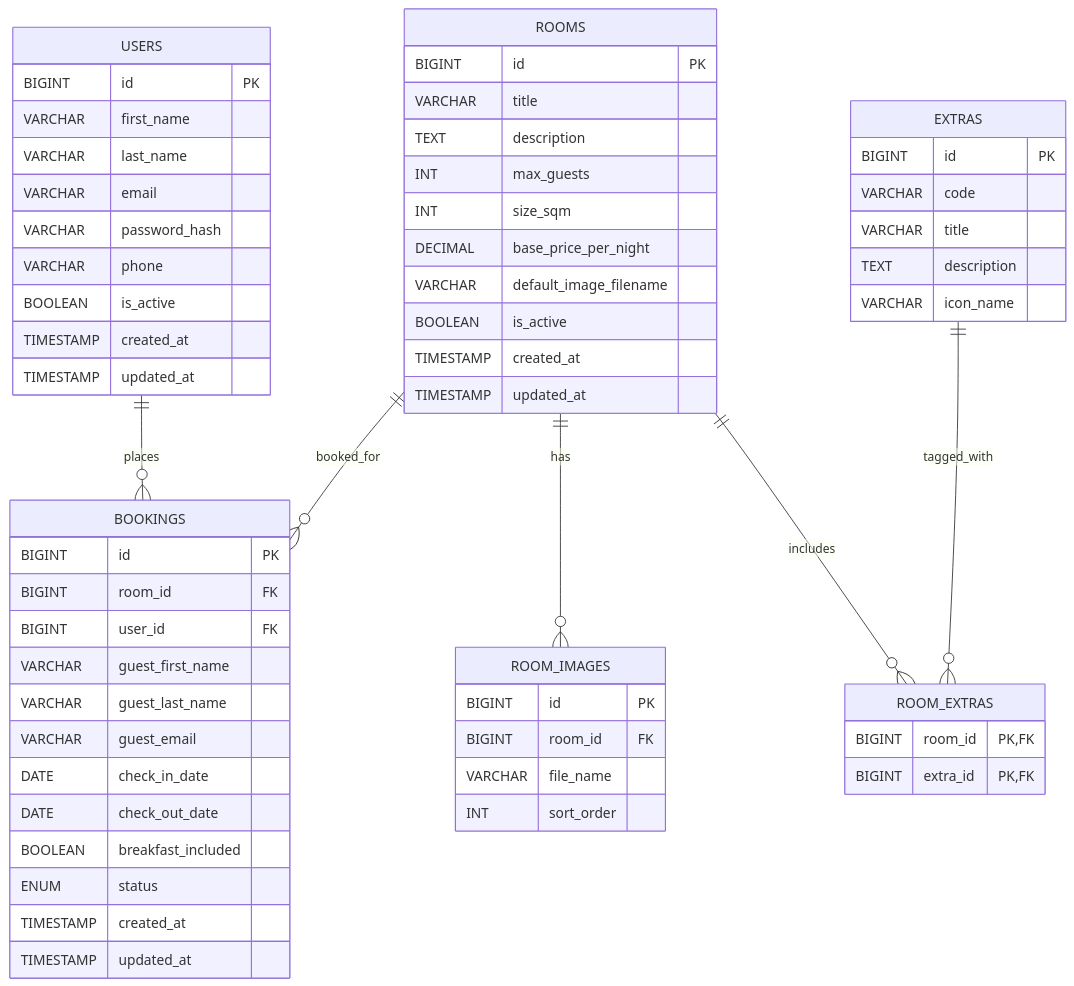
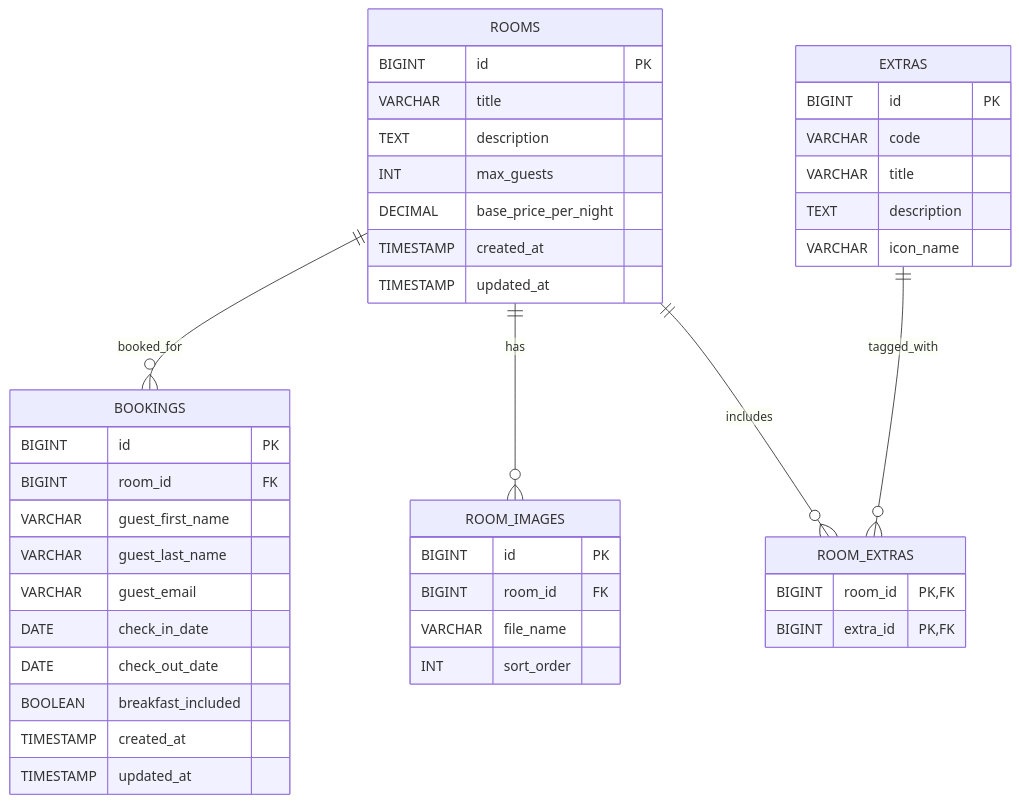
One commit to Lammer-FH/semester-project-2026-boutique-hotel-technikum changed the diagram in docs/DB_DESIGN.md. Above: the diagram before and after it, drawn with Mermaid. The commit also changed other lines of this file and 2 other files, not shown here.

````diff
--- a/docs/DB_DESIGN.md
+++ b/docs/DB_DESIGN.md
@@ -13,68 +14,50 @@
 ```mermaid
 erDiagram
-	USERS ||--o{ BOOKINGS : places
 	ROOMS ||--o{ BOOKINGS : booked_for
 	ROOMS ||--o{ ROOM_IMAGES : has
 	ROOMS ||--o{ ROOM_EXTRAS : includes
 	EXTRAS ||--o{ ROOM_EXTRAS : tagged_with
-
-	USERS {
-		BIGINT id PK
-		VARCHAR first_name
-		VARCHAR last_name
-		VARCHAR email
-		VARCHAR password_hash
-		VARCHAR phone
-		BOOLEAN is_active
-		TIMESTAMP created_at
-		TIMESTAMP updated_at
-	}
 
 	ROOMS {
 		BIGINT id PK
 		VARCHAR title
 		TEXT description
 		INT max_guests
-		INT size_sqm
 		DECIMAL base_price_per_night
-		VARCHAR default_image_filename
-		BOOLEAN is_active
 		TIMESTAMP created_at
 		TIMESTAMP updated_at
 	}
 
 	ROOM_IMAGES {
 		BIGINT id PK
 		BIGINT room_id FK
 		VARCHAR file_name
 		INT sort_order
 	}
 
 	EXTRAS {
 		BIGINT id PK
 		VARCHAR code
 		VARCHAR title
 		TEXT description
 		VARCHAR icon_name
 	}
 
 	ROOM_EXTRAS {
 		BIGINT room_id PK, FK
 		BIGINT extra_id PK, FK
 	}
 
 	BOOKINGS {
 		BIGINT id PK
 		BIGINT room_id FK
-		BIGINT user_id FK
 		VARCHAR guest_first_name
 		VARCHAR guest_last_name
 		VARCHAR guest_email
 		DATE check_in_date
 		DATE check_out_date
 		BOOLEAN breakfast_included
-		ENUM status
 		TIMESTAMP created_at
 		TIMESTAMP updated_at
 	}
 ```
````
